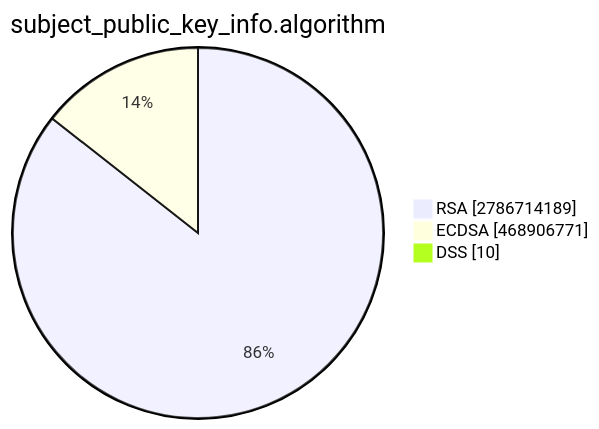
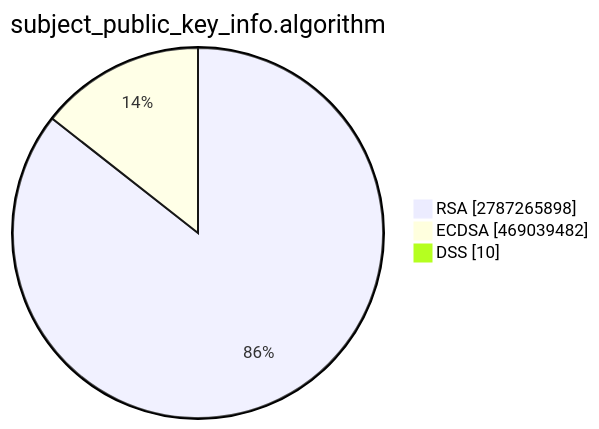
One commit to christiankrug/ctmonitor_visualization changed the second of 15 diagrams in TOTAL/README.md. Above: the diagram before and after it, drawn with Mermaid. The commit also changed other lines of this file, not shown here.

````diff
--- a/TOTAL/README.md
+++ b/TOTAL/README.md
@@ -6,7 +6,7 @@
 ```mermaid
 pie showData
 title subject_public_key_info.algorithm
-"RSA" :2786714189
-"ECDSA" :468906771
+"RSA" :2787265898
+"ECDSA" :469039482
 "DSS" :10
 ```
````
